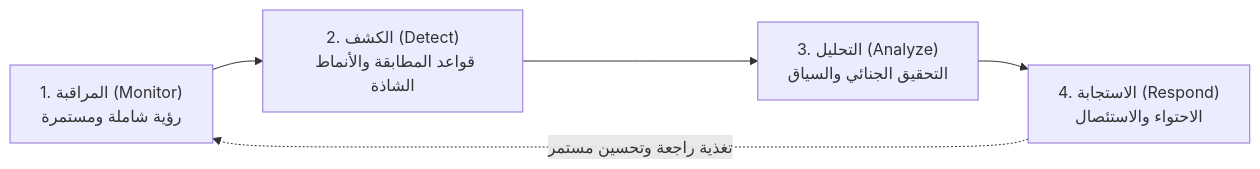
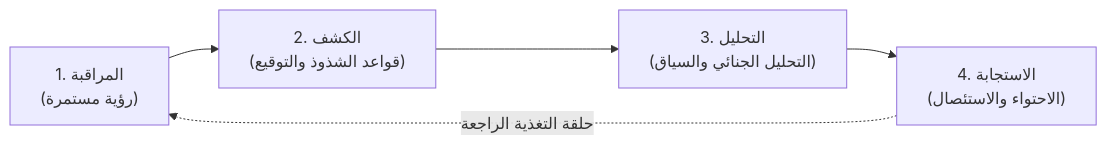
The first of 4 diagrams in md files/lab1_IDR_AR.md (Geeky-Pro/SOC-LAB), drawn with Mermaid before and after one commit. The commit also changed other lines of this file, not shown here.

````diff
--- a/md files/lab1_IDR_AR.md
+++ b/md files/lab1_IDR_AR.md
@@ -107,7 +104,7 @@
 ```mermaid
 flowchart LR
-    M["1. المراقبة (Monitor)<br/>رؤية شاملة ومستمرة"] --> D["2. الكشف (Detect)<br/>قواعد المطابقة والأنماط الشاذة"]
-    D --> A["3. التحليل (Analyze)<br/>التحقيق الجنائي والسياق"]
-    A --> R["4. الاستجابة (Respond)<br/>الاحتواء والاستئصال"]
-    R -. "تغذية راجعة وتحسين مستمر" .-> M
+    M["1. المراقبة<br/>(رؤية مستمرة)"] --> D["2. الكشف<br/>(قواعد الشذوذ والتوقيع)"]
+    D --> A["3. التحليل<br/>(التحليل الجنائي والسياق)"]
+    A --> R["4. الاستجابة<br/>(الاحتواء والاستئصال)"]
+    R -. "حلقة التغذية الراجعة" .-> M
 ```
````
